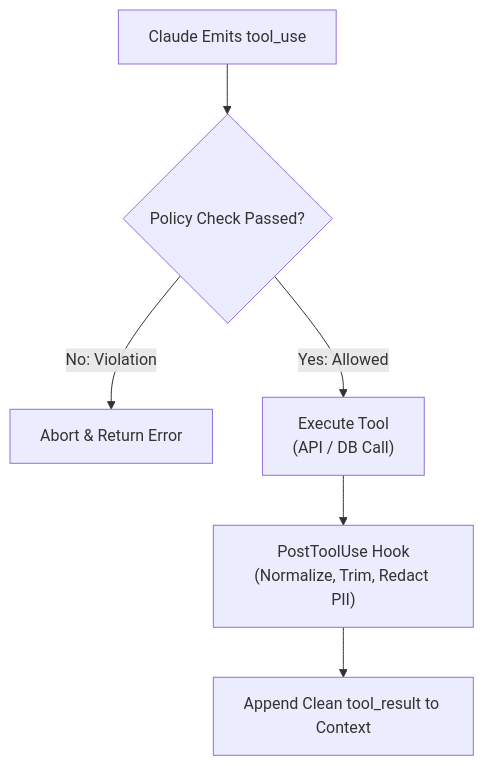
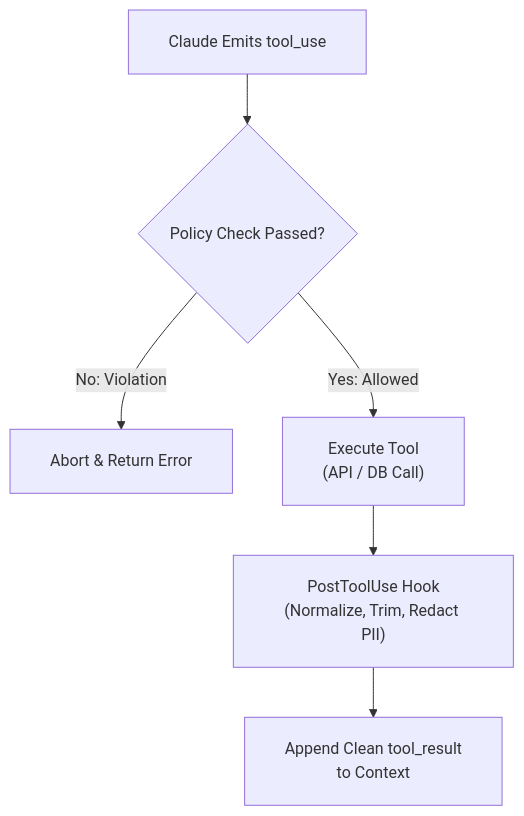
One commit to dip4k/claude_cert_architect_foundation_prep changed the fifth of 7 diagrams in domain1/KEY_CONCEPTS.md. Above: the diagram before and after it, drawn with Mermaid. The commit also changed other lines of this file and 31 other files, not shown here.

First line of the commit message:
docs(diagrams): fix text trimming, padding, and layout in all mermaid diagrams

````diff
--- a/domain1/KEY_CONCEPTS.md
+++ b/domain1/KEY_CONCEPTS.md
@@ -313,8 +316,9 @@
 ```mermaid
+%%{init: {"flowchart": {"htmlLabels": true, "padding": 20}}}%%
 flowchart TD
     Emit["Claude Emits tool_use"] --> Pre{"Policy Check Passed?"}
     Pre -->|No: Violation| Abort["Abort & Return Error"]
     Pre -->|Yes: Allowed| Exec["Execute Tool<br/>(API / DB Call)"]
     Exec --> Post["PostToolUse Hook<br/>(Normalize, Trim, Redact PII)"]
-    Post --> Done["Append Clean tool_result to Context"]
+    Post --> Done["Append Clean tool_result<br/>to Context"]
 ```
````
